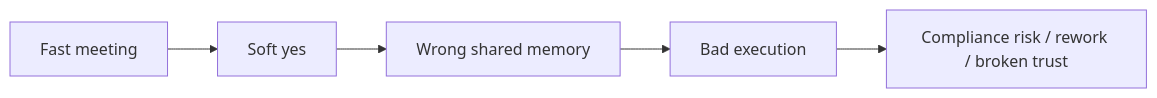
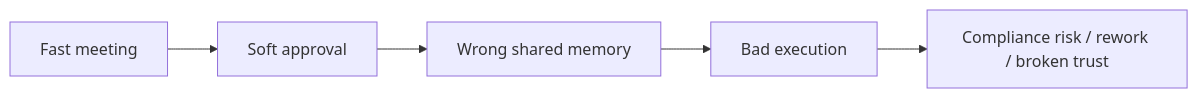
One commit to ohdoking/2026-cognee-dify-hackathon changed the first of 5 diagrams in slides/slides.md. Above: the diagram before and after it, drawn with Mermaid. The commit also changed other lines of this file, not shown here.

````diff
--- a/slides/slides.md
+++ b/slides/slides.md
@@ -37,7 +37,7 @@
 ```mermaid
 flowchart LR
-    A[Fast meeting] --> B[Soft yes]
+    A[Fast meeting] --> B[Soft approval]
     B --> C[Wrong shared memory]
     C --> D[Bad execution]
     D --> E[Compliance risk / rework / broken trust]
 ```
````
